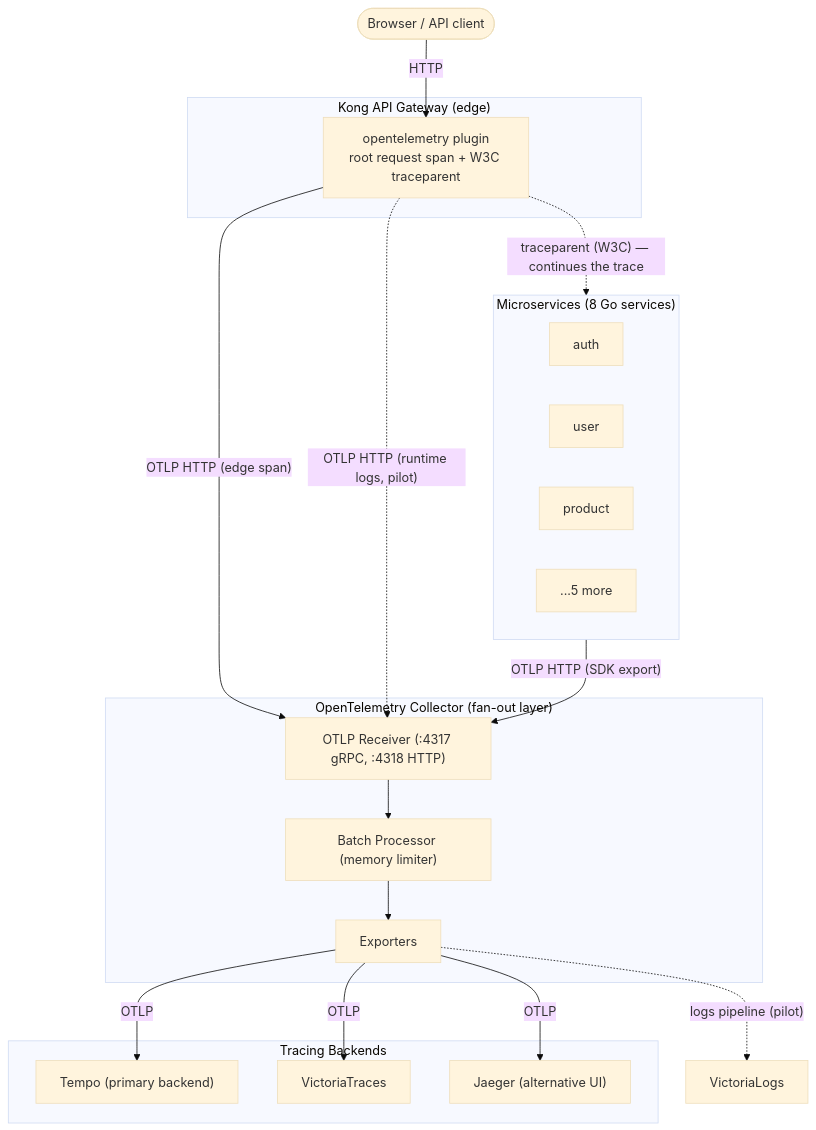
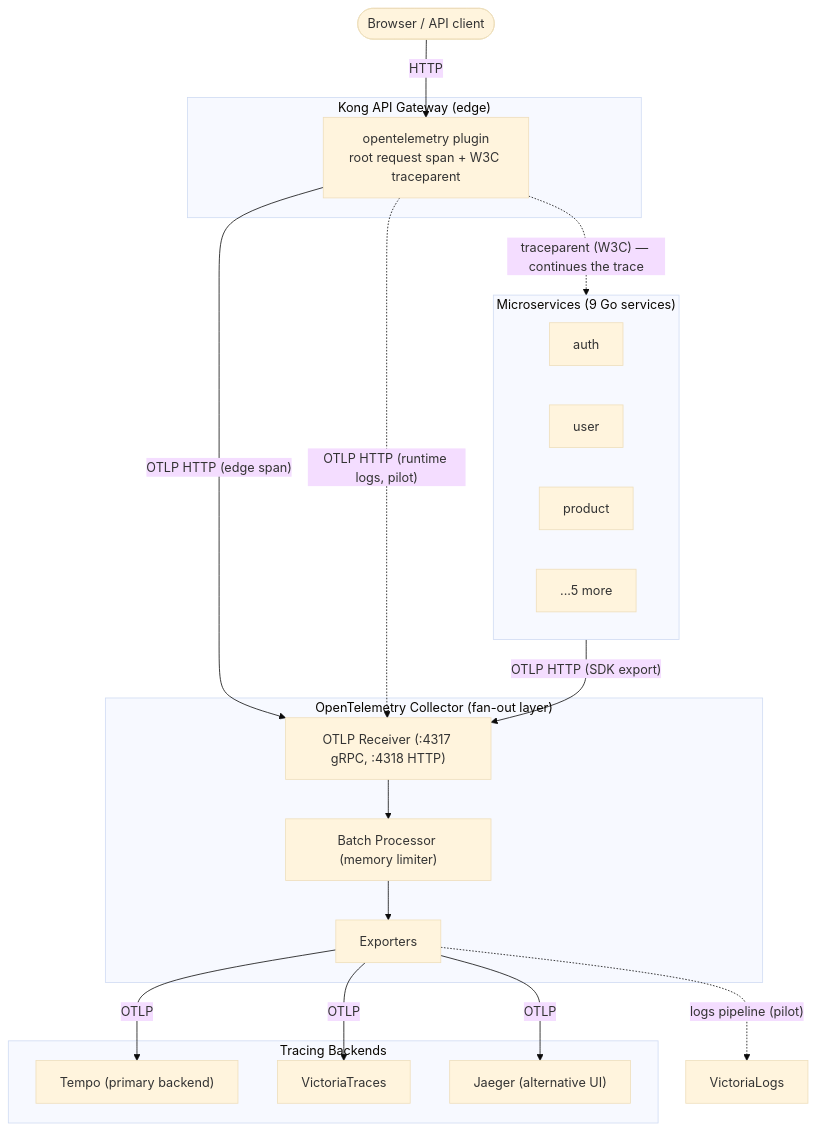
The first of 2 diagrams in docs/observability/tracing/architecture.md (duynhlab/homelab), drawn with Mermaid (base theme) before and after one commit. The commit also changed 43 other files, not shown here.

````diff
--- a/docs/observability/tracing/architecture.md
+++ b/docs/observability/tracing/architecture.md
@@ -11,39 +11,39 @@
 ```mermaid
 flowchart TB
     Client([Browser / API client])
 
     subgraph Edge["Kong API Gateway (edge)"]
         Kong["opentelemetry plugin<br/>root request span + W3C traceparent"]
     end
 
-    subgraph Apps["Microservices (8 Go services)"]
+    subgraph Apps["Microservices (9 Go services)"]
         Auth[auth]
         User[user]
         Product[product]
         Others[...5 more]
     end
 
     subgraph OTelCollector["OpenTelemetry Collector (fan-out layer)"]
         Receiver["OTLP Receiver (:4317 gRPC, :4318 HTTP)"]
         Processor["Batch Processor (memory limiter)"]
         Exporter[Exporters]
     end
 
     subgraph Backends["Tracing Backends"]
         Tempo["Tempo (primary backend)"]
         VT["VictoriaTraces"]
         Jaeger["Jaeger (alternative UI)"]
     end
 
     Client -->|HTTP| Kong
     Kong -.->|"traceparent (W3C) — continues the trace"| Apps
     Kong -->|"OTLP HTTP (edge span)"| Receiver
     Apps -->|"OTLP HTTP (SDK export)"| Receiver
     Receiver --> Processor
     Processor --> Exporter
     Exporter -->|OTLP| Tempo
     Exporter -->|OTLP| VT
     Exporter -->|OTLP| Jaeger
     Kong -.->|"OTLP HTTP (runtime logs, pilot)"| Receiver
     Exporter -.->|"logs pipeline (pilot)"| VLogs["VictoriaLogs"]
 ```
````
